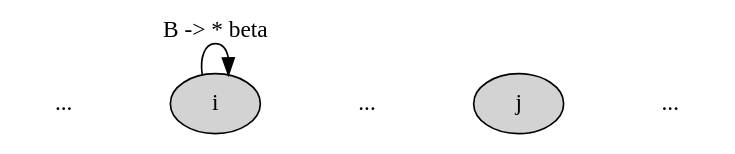
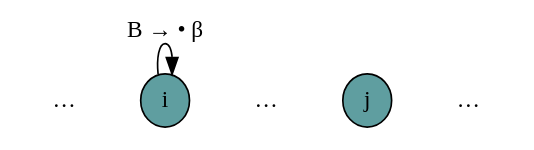
Before and after one commit to nltk/nltk_book: the diagram in images/chart_bu_predict2.dot, drawn with Graphviz. The commit also changed 22 other files, not shown here.

```diff
--- a/images/chart_bu_predict2.dot
+++ b/images/chart_bu_predict2.dot
@@ -1,26 +1,28 @@
 digraph x {
    rankdir=LR;
+   ranksep=0.25;  
    
    /* The nodes */
    {
-       node [style=filled, color=black, fillcolor=lightgray];
+       node [style=filled, height=0.1,width=0.1,fillcolor=cadetblue];
        1 [label="i"];
        2 [label="j"];
    }
 
    /* The sentence */
    {
        edge [style=invis, weight=100];
        node [shape=plaintext];
        dots1->1->dots2->2->dots3;
-       dots1 [label="..."];
-       dots2 [label="..."];
-       dots3 [label="..."];
+       dots1 [label="&hellip;"];
+       dots2 [label="&hellip;"];
+       dots3 [label="&hellip;"];
    }
    
    /* Edges */
    {
-       1->1 [label="B -> * beta"];
+       edge [fontname=LucidaGrande];
+       1->1 [label="B &rarr; &bull; &beta;"];
    }
 
 }
```
